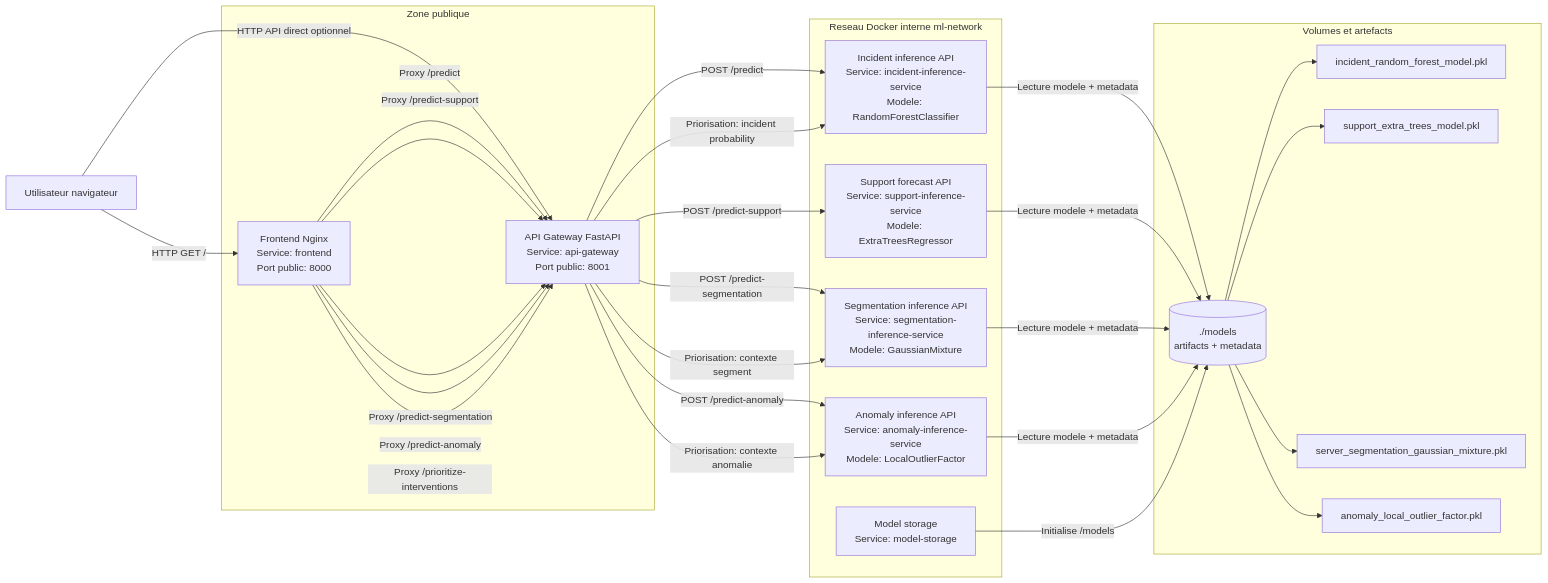
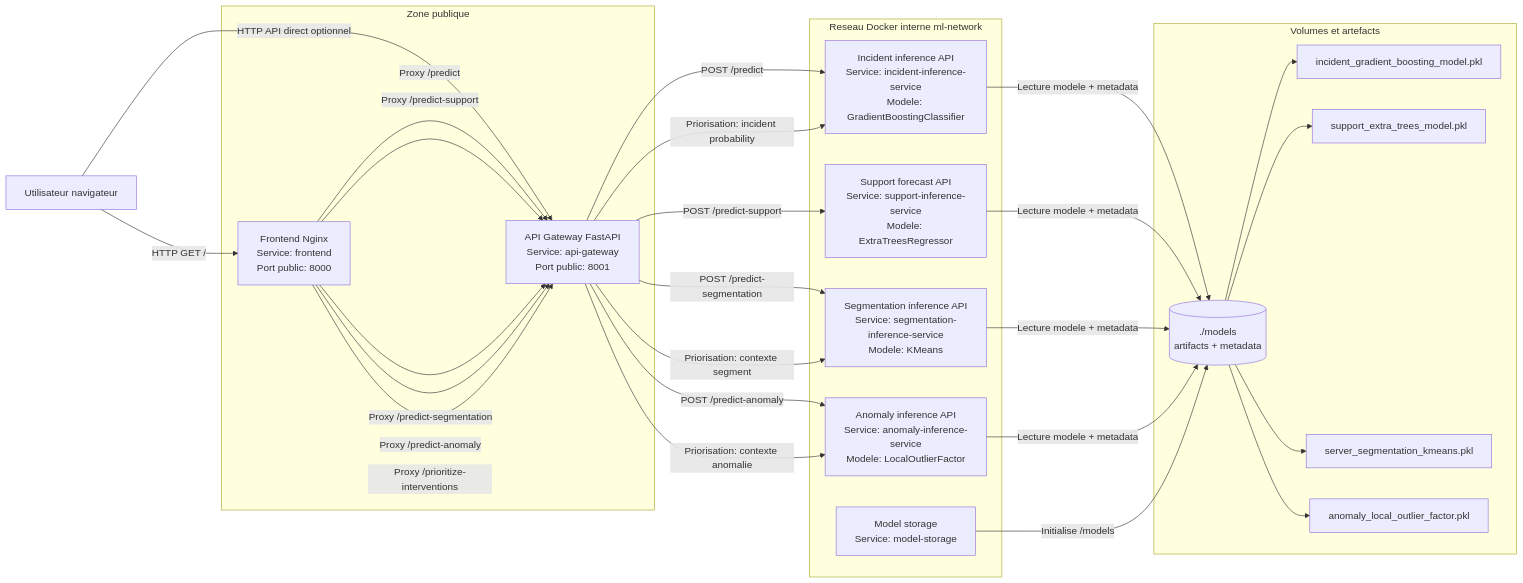
Before and after one commit to Lesaloon/ESIEA_MACHINE_LEARNING_FINAL: the diagram in reports/architecture/ARCHITECTURE.md, drawn with Mermaid. The commit also changed 138 other files, not shown here.

````diff
--- a/reports/architecture/ARCHITECTURE.md
+++ b/reports/architecture/ARCHITECTURE.md
@@ -5,54 +5,54 @@
 ```mermaid
 flowchart LR
     user[Utilisateur navigateur]
 
     subgraph public[Zone publique]
         frontend[Frontend Nginx<br/>Service: frontend<br/>Port public: 8000]
         gateway[API Gateway FastAPI<br/>Service: api-gateway<br/>Port public: 8001]
     end
 
     subgraph private[Reseau Docker interne ml-network]
-        incident[Incident inference API<br/>Service: incident-inference-service<br/>Modele: RandomForestClassifier]
+        incident[Incident inference API<br/>Service: incident-inference-service<br/>Modele: GradientBoostingClassifier]
         support[Support forecast API<br/>Service: support-inference-service<br/>Modele: ExtraTreesRegressor]
-        segmentation[Segmentation inference API<br/>Service: segmentation-inference-service<br/>Modele: GaussianMixture]
+        segmentation[Segmentation inference API<br/>Service: segmentation-inference-service<br/>Modele: KMeans]
         anomaly[Anomaly inference API<br/>Service: anomaly-inference-service<br/>Modele: LocalOutlierFactor]
         storage[Model storage<br/>Service: model-storage]
     end
 
     subgraph artifacts[Volumes et artefacts]
         models[(./models<br/>artifacts + metadata)]
-        incidentModel[incident_random_forest_model.pkl]
+        incidentModel[incident_gradient_boosting_model.pkl]
         supportModel[support_extra_trees_model.pkl]
-        segmentationModel[server_segmentation_gaussian_mixture.pkl]
+        segmentationModel[server_segmentation_kmeans.pkl]
         anomalyModel[anomaly_local_outlier_factor.pkl]
     end
 
     user -->|HTTP GET /| frontend
     user -->|HTTP API direct optionnel| gateway
 
     frontend -->|Proxy /predict| gateway
     frontend -->|Proxy /predict-support| gateway
     frontend -->|Proxy /predict-segmentation| gateway
     frontend -->|Proxy /predict-anomaly| gateway
     frontend -->|Proxy /prioritize-interventions| gateway
 
     gateway -->|POST /predict| incident
     gateway -->|POST /predict-support| support
     gateway -->|POST /predict-segmentation| segmentation
     gateway -->|POST /predict-anomaly| anomaly
 
     gateway -->|Priorisation: incident probability| incident
     gateway -->|Priorisation: contexte segment| segmentation
     gateway -->|Priorisation: contexte anomalie| anomaly
 
     incident -->|Lecture modele + metadata| models
     support -->|Lecture modele + metadata| models
     segmentation -->|Lecture modele + metadata| models
     anomaly -->|Lecture modele + metadata| models
     storage -->|Initialise /models| models
 
     models --> incidentModel
     models --> supportModel
     models --> segmentationModel
     models --> anomalyModel
 ```
````
